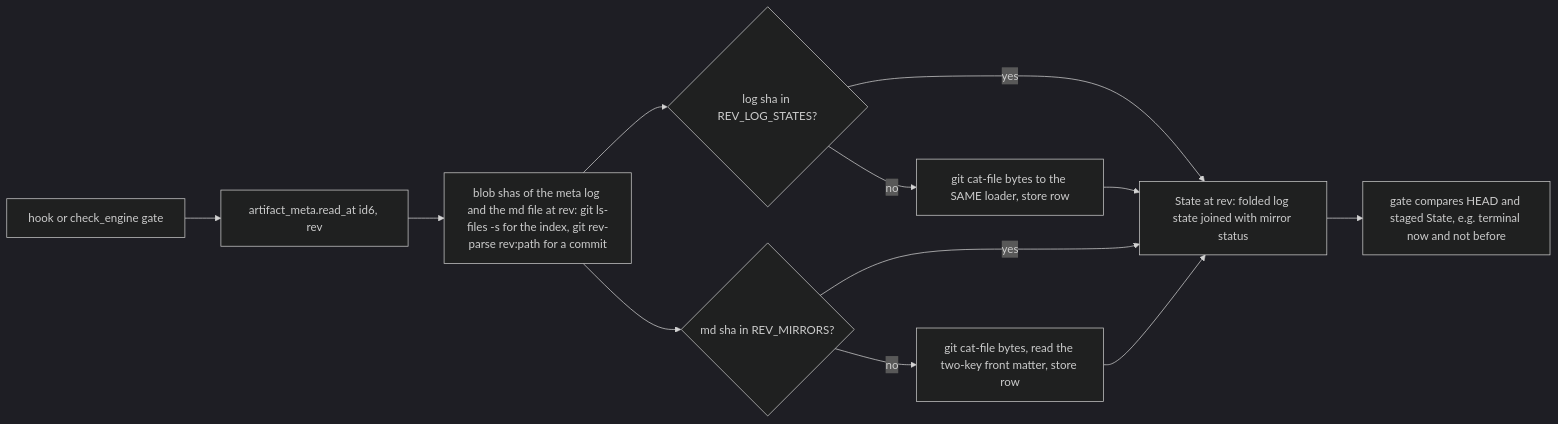
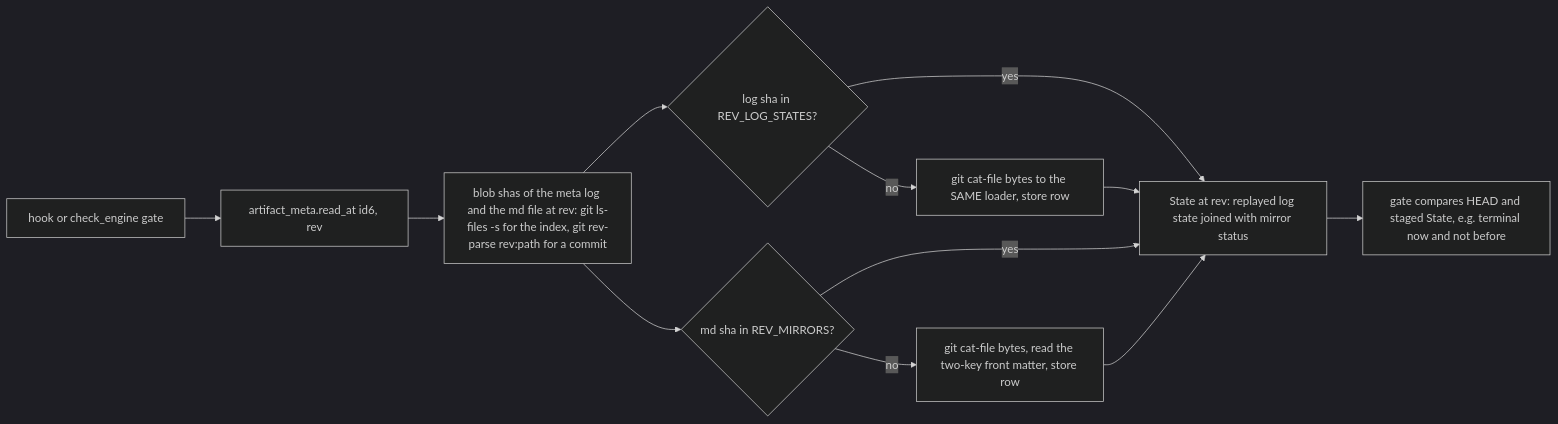
The sixth of 10 diagrams in .aw/records/specs/reviewed/20260925-metastore-01-4sd62s-artifact-metadata-store.spec.md (fariello/agent-workflows), drawn with Mermaid (dark theme) before and after one commit. The commit also changed other lines of this file, not shown here.

````diff
--- a/.aw/records/specs/reviewed/20260925-metastore-01-4sd62s-artifact-metadata-store.spec.md
+++ b/.aw/records/specs/reviewed/20260925-metastore-01-4sd62s-artifact-metadata-store.spec.md
@@ -1094,14 +1277,14 @@
 ```mermaid
 flowchart LR
     A["hook or check_engine gate"] --> B["artifact_meta.read_at id6, rev"]
     B --> C["blob shas of the meta log and the md file at rev: git ls-files -s for the index, git rev-parse rev:path for a commit"]
     C --> D1{"log sha in REV_LOG_STATES?"}
     C --> D2{"md sha in REV_MIRRORS?"}
     D1 -- no --> E1["git cat-file bytes to the SAME loader, store row"]
     D2 -- no --> E2["git cat-file bytes, read the two-key front matter, store row"]
     D1 -- yes --> F
     E1 --> F
     D2 -- yes --> F
-    E2 --> F["State at rev: folded log state joined with mirror status"]
+    E2 --> F["State at rev: replayed log state joined with mirror status"]
     F --> G["gate compares HEAD and staged State, e.g. terminal now and not before"]
 ```
````
